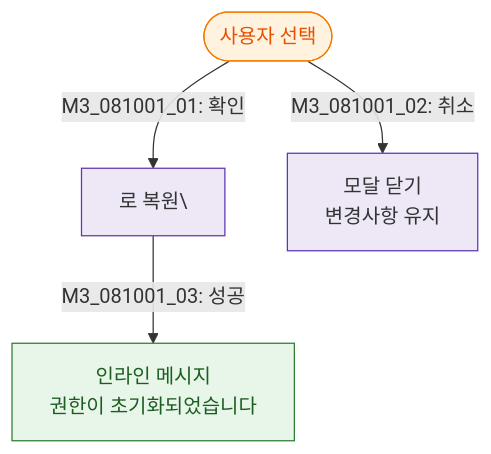
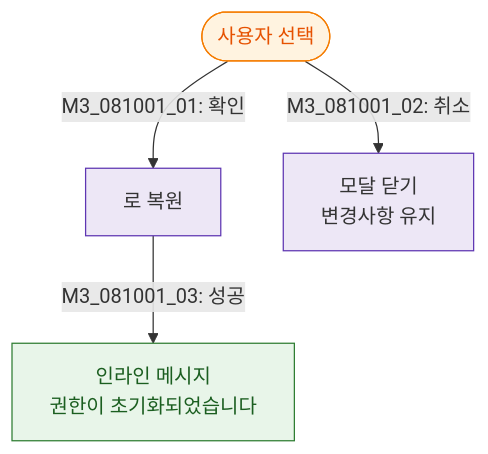
One commit to dev-spogym/admin-pando changed the diagram in docs/admin/다이어그램/D09_설정관리/DLG/DLG-081-001_권한초기화/M3_결과분기.md. Above: the diagram before and after it, drawn with Mermaid. The commit also changed 369 other files, not shown here.

````diff
--- a/docs/admin/다이어그램/D09_설정관리/DLG/DLG-081-001_권한초기화/M3_결과분기.md
+++ b/docs/admin/다이어그램/D09_설정관리/DLG/DLG-081-001_권한초기화/M3_결과분기.md
@@ -12,14 +12,14 @@
 ```mermaid
 flowchart TD
-    Action([사용자 선택]) -->|"M3_081001_01: 확인"|ResetPath[로 복원\]
+    Action([사용자 선택]) -->|"M3_081001_01: 확인"|ResetPath[로 복원]
     Action -->|"M3_081001_02: 취소"|CancelPath[모달 닫기\n변경사항 유지]
 
     ResetPath -->|"M3_081001_03: 성공"|T_ResetOK[인라인 메시지\n권한이 초기화되었습니다]
 
     classDef modal fill:#FFF3E0,stroke:#F57C00,color:#E65100
     classDef success fill:#E8F5E9,stroke:#2E7D32,color:#1B5E20
     classDef system fill:#EDE7F6,stroke:#5E35B2
     class Action modal
     class T_ResetOK success
     class ResetPath,CancelPath system
 ```
````
